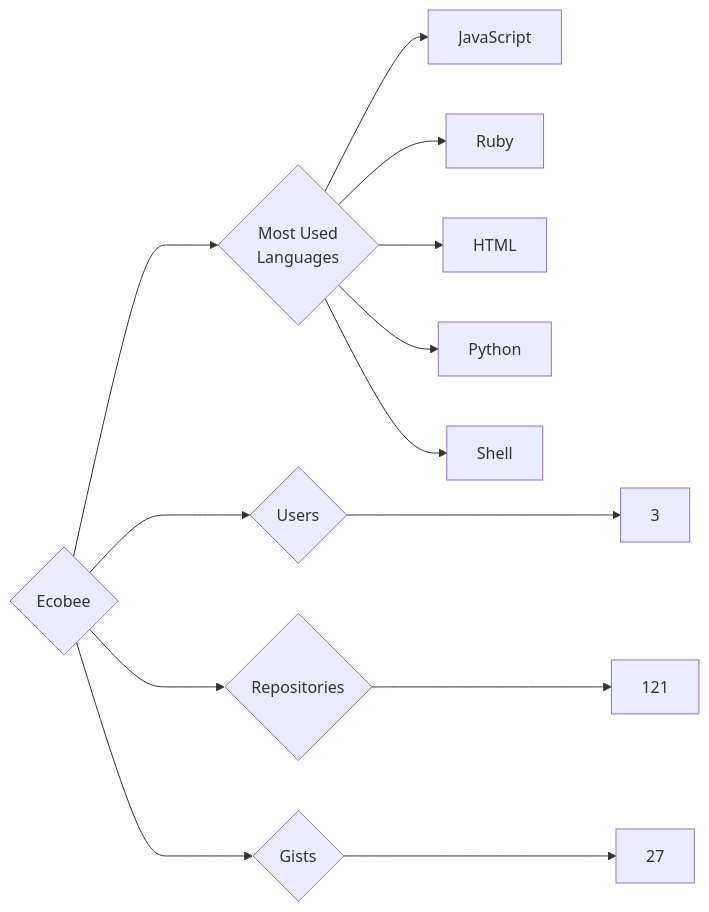
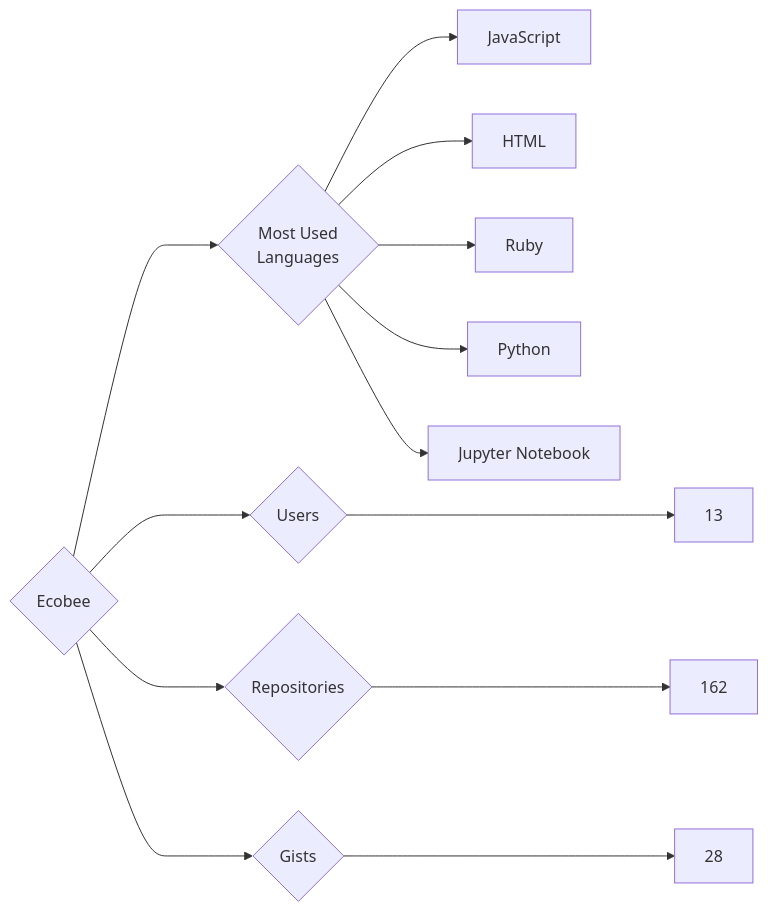
Before and after one commit to trickest/insiders: the diagram in targets/Ecobee/README.md, drawn with Mermaid. The commit also changed 823 other files, not shown here.

````diff
--- a/targets/Ecobee/README.md
+++ b/targets/Ecobee/README.md
@@ -3,13 +3,13 @@
 ```mermaid
 graph LR
 COMPANY_NAME{Ecobee}
-COMPANY_NAME ---> U{Users} ---> UN[3]
-COMPANY_NAME ---> R{Repositories} ---> RN[121]
-COMPANY_NAME ---> G{Gists} ---> GN[27]
+COMPANY_NAME ---> U{Users} ---> UN[13]
+COMPANY_NAME ---> R{Repositories} ---> RN[162]
+COMPANY_NAME ---> G{Gists} ---> GN[28]
 COMPANY_NAME ---> ML{Most Used<br>Languages}
 ML --> JavaScript[JavaScript]
+ML --> HTML[HTML]
 ML --> Ruby[Ruby]
-ML --> HTML[HTML]
 ML --> Python[Python]
-ML --> Shell[Shell]
+ML --> Jupyter_Notebook[Jupyter Notebook]
 ```
````
